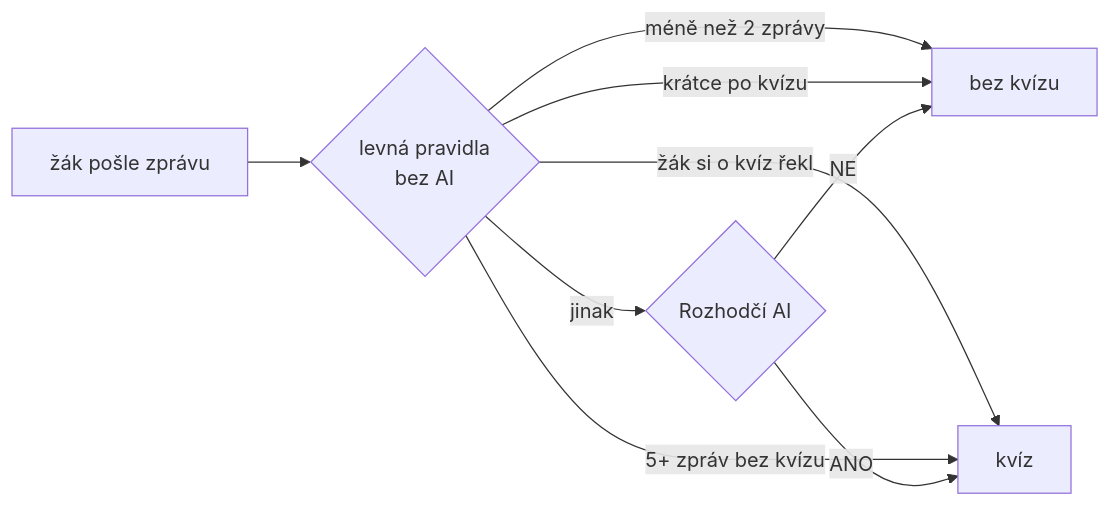
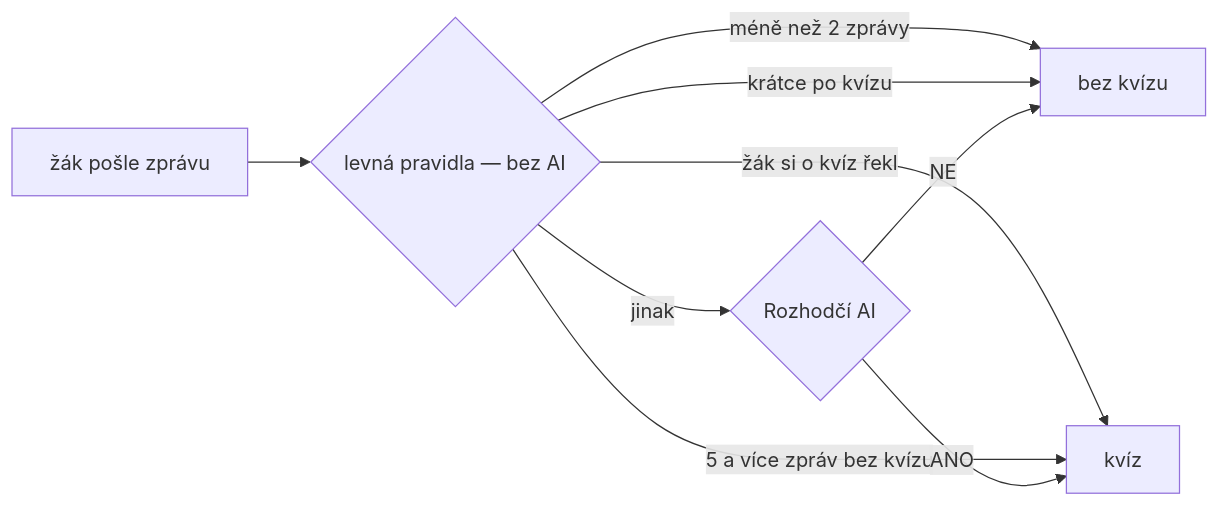
One commit to aidetemcz/glitch changed the second of 4 diagrams in docs/tok-basic-glitch.md. Above: the diagram before and after it, drawn with Mermaid. The commit also changed other lines of this file, not shown here.

First line of the commit message:
Oprava mermaid diagramu: popisky uzlu v uvozovkach bez vnitrnich uvozovek

````diff
--- a/docs/tok-basic-glitch.md
+++ b/docs/tok-basic-glitch.md
@@ -53,11 +53,11 @@
 ```mermaid
 flowchart LR
-    A[žák pošle zprávu] --> B{levná pravidla<br/>bez AI}
-    B -->|méně než 2 zprávy| N[bez kvízu]
+    A["žák pošle zprávu"] --> B{"levná pravidla — bez AI"}
+    B -->|méně než 2 zprávy| N["bez kvízu"]
     B -->|krátce po kvízu| N
-    B -->|žák si o kvíz řekl| Y[kvíz]
-    B -->|5+ zpráv bez kvízu| Y
-    B -->|jinak| C{Rozhodčí AI}
+    B -->|žák si o kvíz řekl| Y["kvíz"]
+    B -->|5 a více zpráv bez kvízu| Y
+    B -->|jinak| C{"Rozhodčí AI"}
     C -->|NE| N
     C -->|ANO| Y
 ```
````
